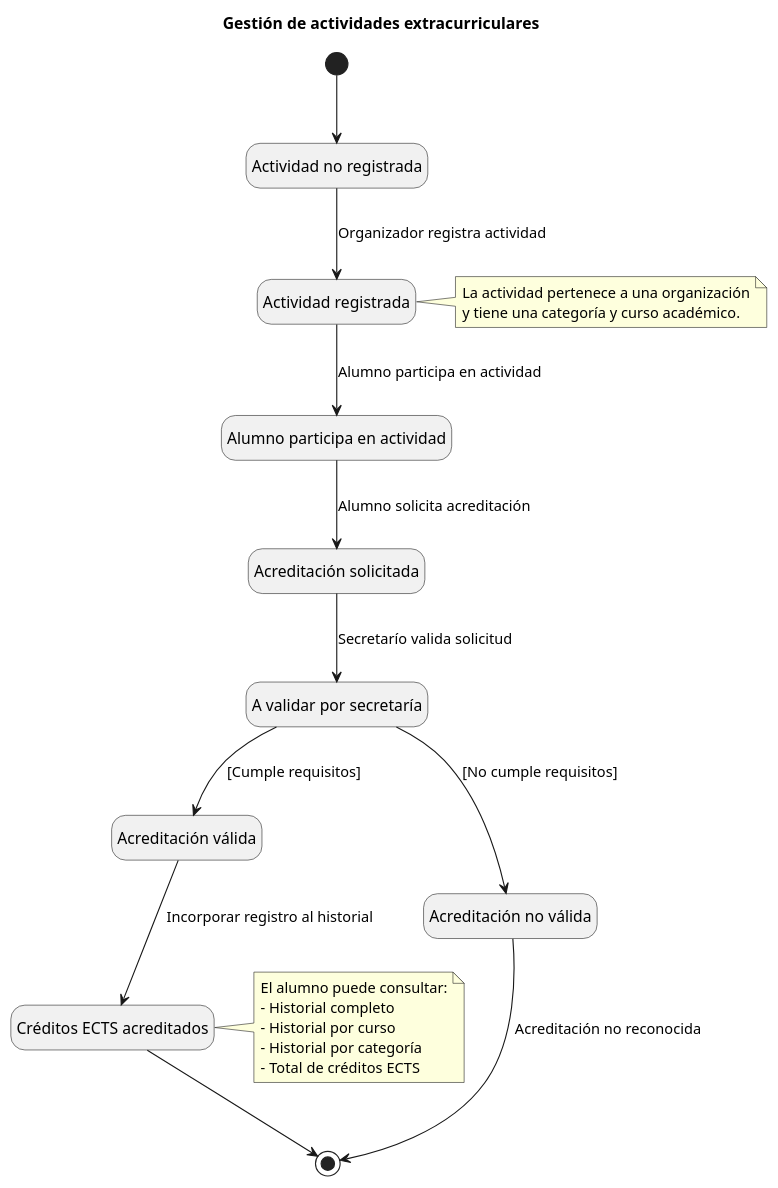
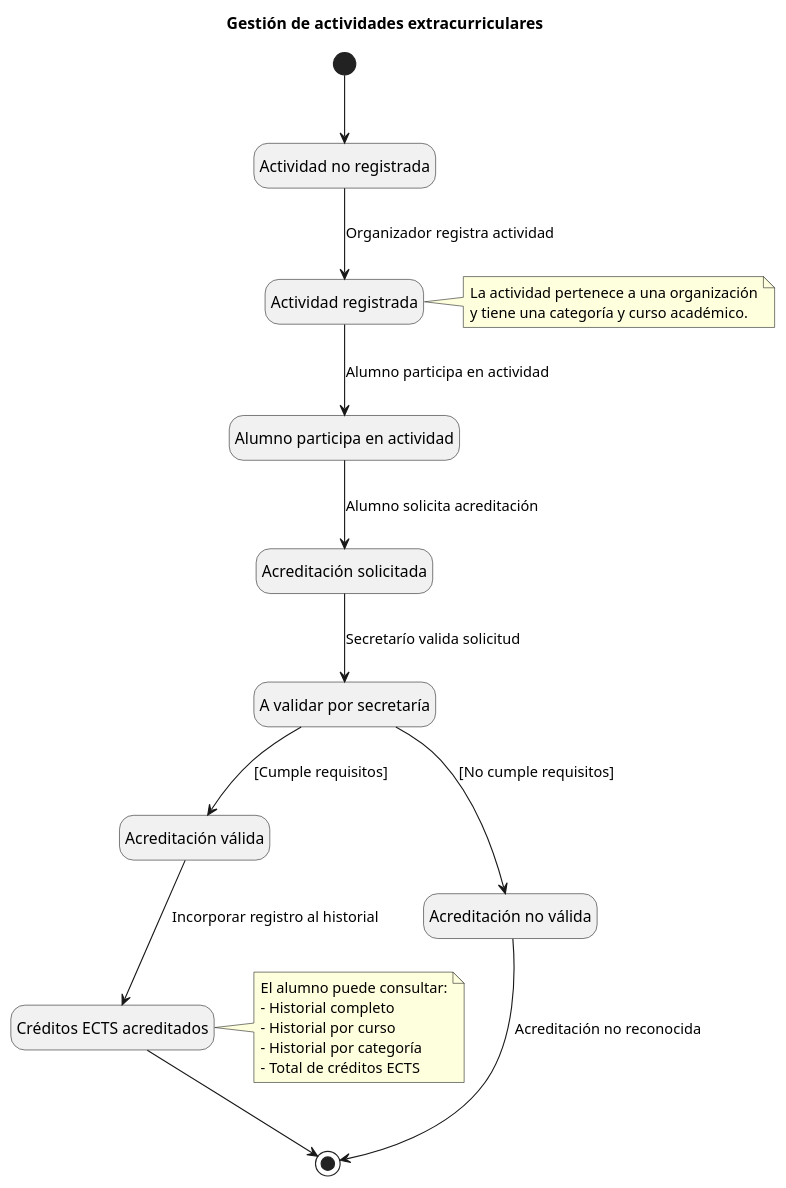
The diagram in diagramas/diagramaEstados/diagramaEstados.puml (SaraVaqueroRelea/26-27-IdSw1-SDR), drawn with PlantUML before and after one commit.

Commit message:
Diagrama de estados corregido

```diff
--- a/diagramas/diagramaEstados/diagramaEstados.puml
+++ b/diagramas/diagramaEstados/diagramaEstados.puml
@@ -1,47 +1,47 @@
 @startuml
 title Gestión de actividades extracurriculares
 
 hide empty description
 
 [*] --> NoRegistrada
 
 state "Actividad no registrada" as NoRegistrada
 state "Actividad registrada" as Registrada
 state "Alumno participa en actividad" as Participa
 state "Acreditación solicitada" as Solicitada
 state "A validar por secretaría" as Validacion
 state "Acreditación válida" as Valida
 state "Acreditación no válida" as NoValida
 state "Créditos ECTS acreditados" as Acreditada
 
 NoRegistrada --> Registrada : Organizador registra actividad
 
 Registrada --> Participa : Alumno participa en actividad
 
 Participa --> Solicitada : Alumno solicita acreditación
 
 Solicitada --> Validacion : Secretarío valida solicitud
 
-Validacion --> Valida : [Cumple requisitos] \t\t\t
+Validacion --> Valida : [Cumple requisitos] \t\t
 
-Validacion --> NoValida : [No cumple requisitos] \t\t\t
+Validacion --> NoValida : [No cumple requisitos] 
 
 Valida --> Acreditada : Incorporar registro al historial
 
 NoValida --> [*] : Acreditación no reconocida
 Acreditada --> [*]
 
 note right of Registrada
 La actividad pertenece a una organización
 y tiene una categoría y curso académico.
 end note
 
 note right of Acreditada
 El alumno puede consultar:
 - Historial completo
 - Historial por curso
 - Historial por categoría
 - Total de créditos ECTS
 end note
 
 @enduml
```
